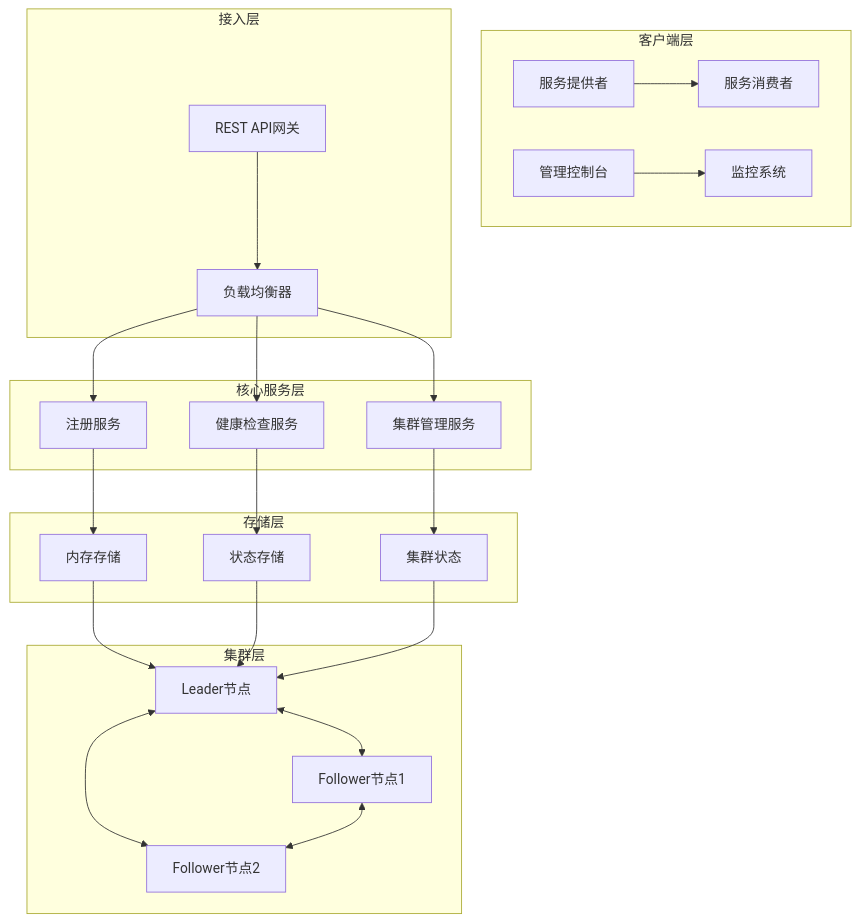
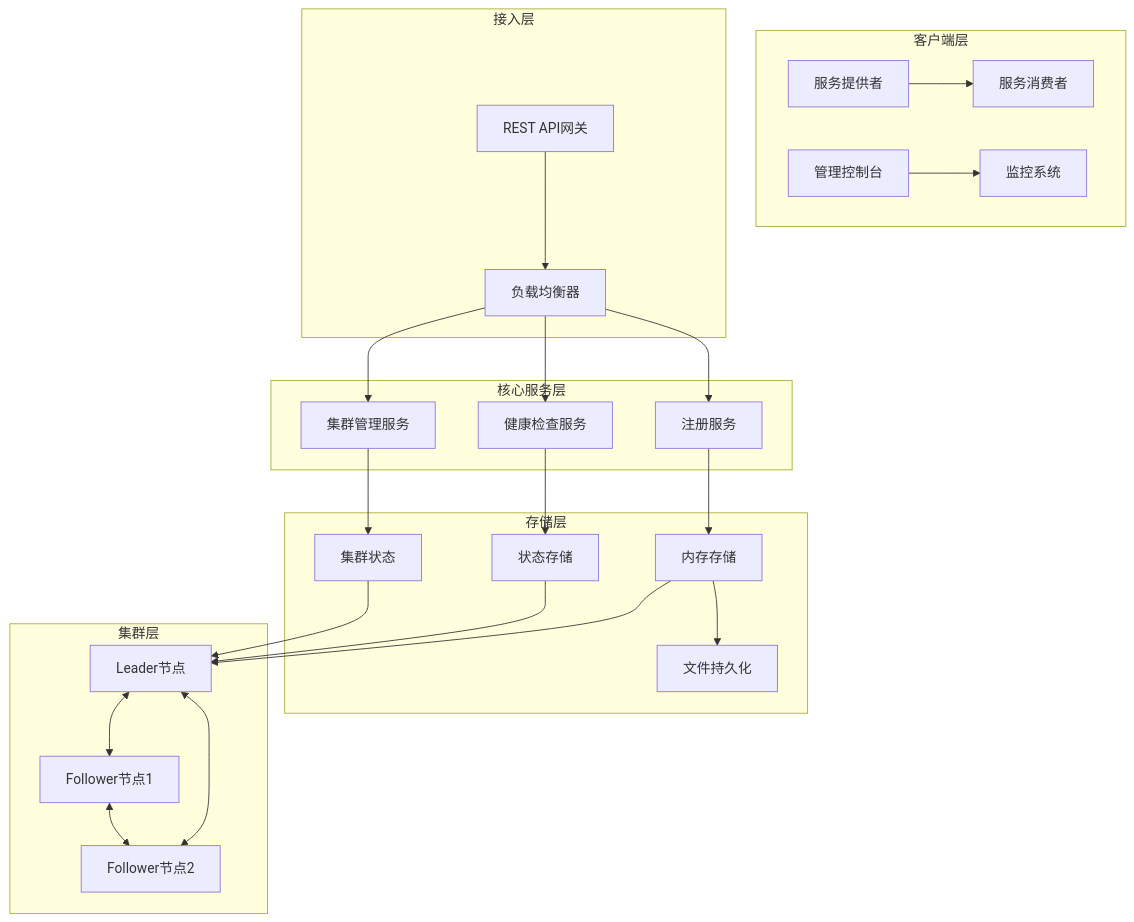
Before and after one commit to malinghan/maregistry: the first of 2 diagrams in README.md, drawn with Mermaid. The commit also changed other lines of this file and 8 other files, not shown here.

````diff
--- a/README.md
+++ b/README.md
@@ -13,37 +13,38 @@
 ```mermaid
 graph TB
     subgraph "客户端层"
         A[服务提供者] --> B[服务消费者]
         C[管理控制台] --> D[监控系统]
     end
     
     subgraph "接入层"
         E[REST API网关] --> F[负载均衡器]
     end
     
     subgraph "核心服务层"
         F --> G[注册服务]
         F --> H[健康检查服务]
         F --> I[集群管理服务]
     end
     
     subgraph "存储层"
         G --> J[内存存储]
         H --> K[状态存储]
         I --> L[集群状态]
+        J --> P[文件持久化]
     end
     
     subgraph "集群层"
         M[Leader节点]
         N[Follower节点1]
         O[Follower节点2]
         
         M <--> N
         M <--> O
         N <--> O
     end
     
     J --> M
     K --> M
     L --> M
 ```
````
